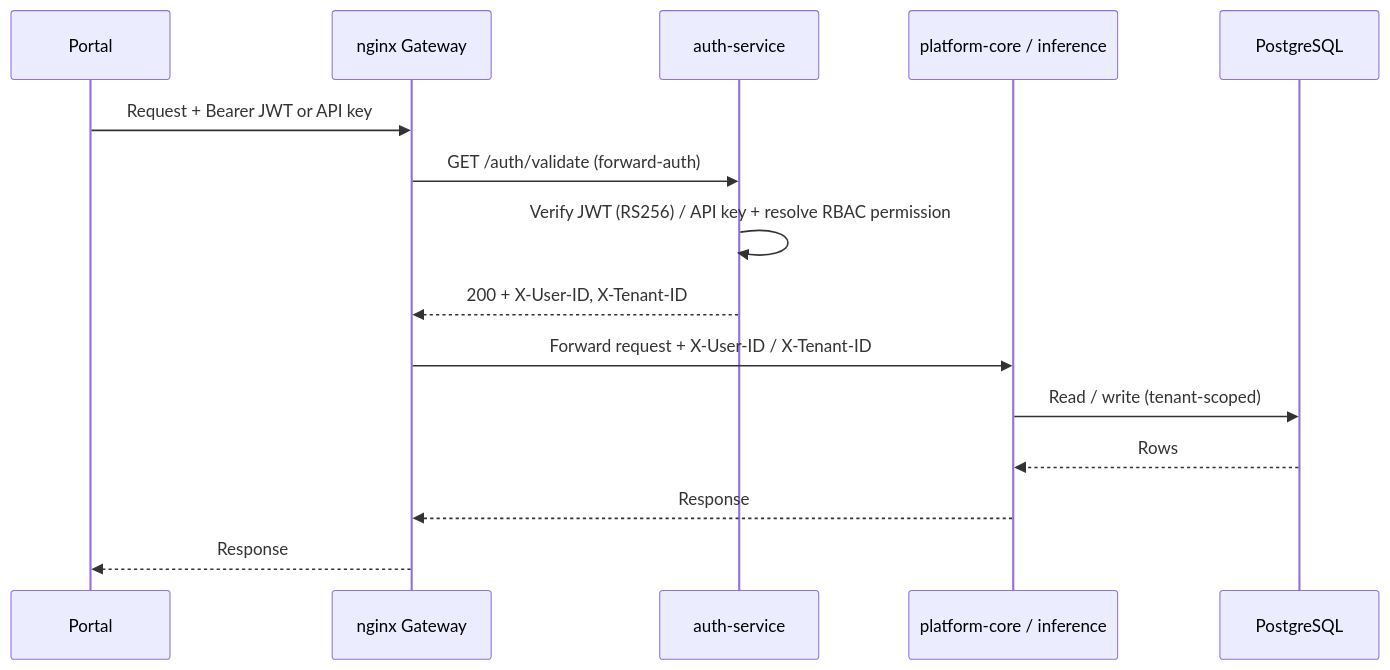
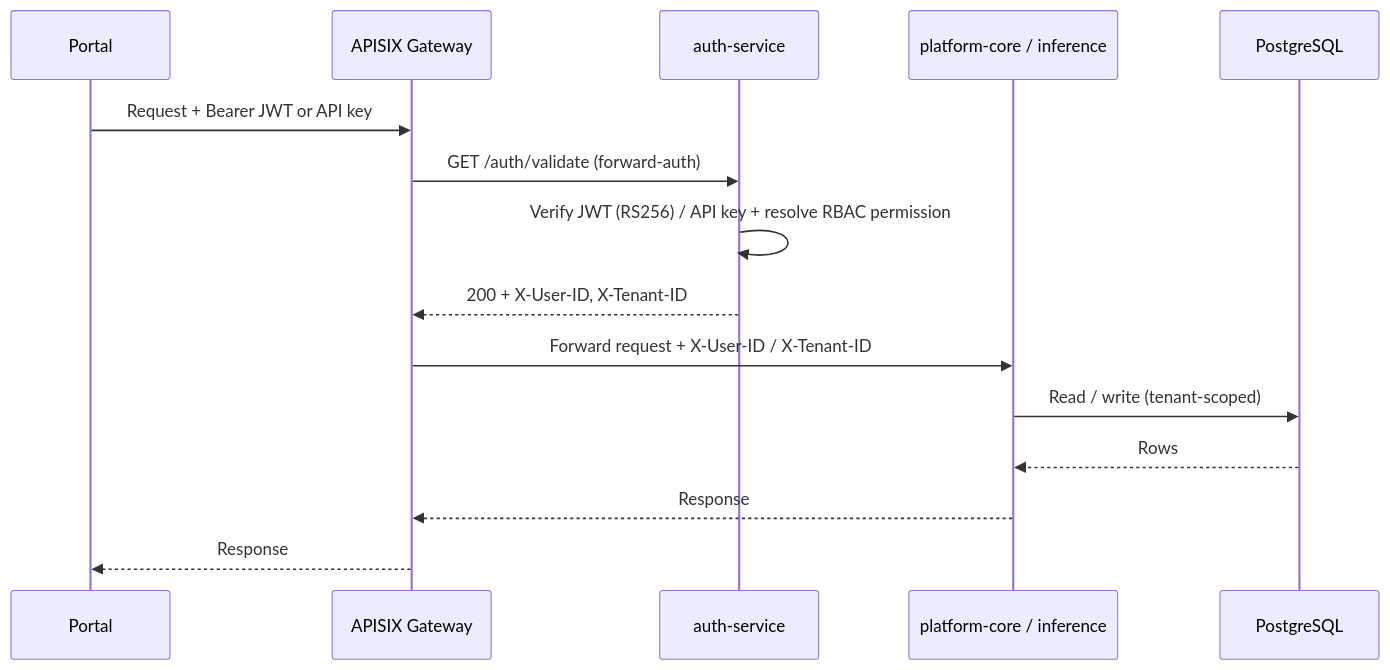
Before and after one commit to COSS-India/ai4i-core: the second of 2 diagrams in docs/architecture/00-overview.md, drawn with Mermaid. The commit also changed other lines of this file and 12 other files, not shown here.

````diff
--- a/docs/architecture/00-overview.md
+++ b/docs/architecture/00-overview.md
@@ -51,18 +51,18 @@
 ```mermaid
 sequenceDiagram
     participant P as Portal
-    participant GW as nginx Gateway
+    participant GW as APISIX Gateway
     participant A as auth-service
     participant S as platform-core / inference
     participant DB as PostgreSQL
 
     P->>GW: Request + Bearer JWT or API key
     GW->>A: GET /auth/validate (forward-auth)
     A->>A: Verify JWT (RS256) / API key + resolve RBAC permission
     A-->>GW: 200 + X-User-ID, X-Tenant-ID
     GW->>S: Forward request + X-User-ID / X-Tenant-ID
     S->>DB: Read / write (tenant-scoped)
     DB-->>S: Rows
     S-->>GW: Response
     GW-->>P: Response
 ```
````
